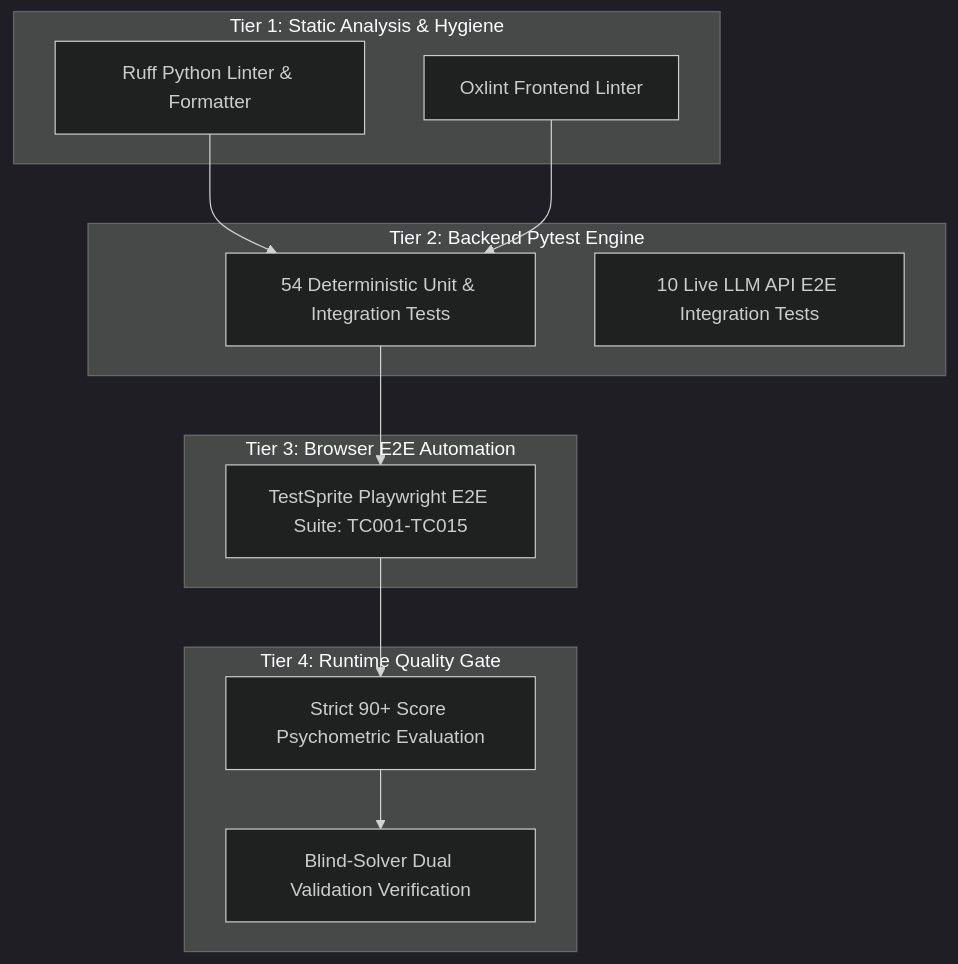
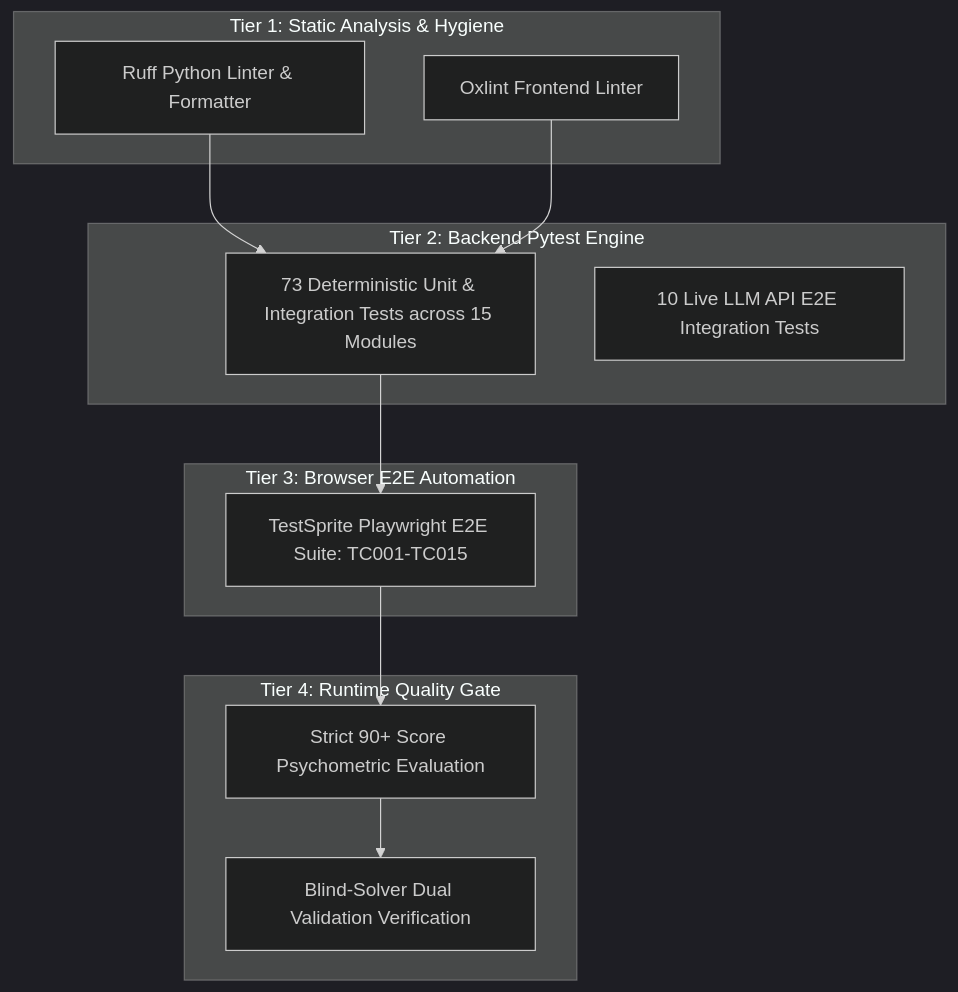
The diagram in docs/TESTING_AND_QA.md (VishwamPatel-Infynno/MCAT-Question-Bank-Generator), drawn with Mermaid (dark theme) before and after one commit. The commit also changed other lines of this file and 13 other files, not shown here.

First line of the commit message:
docs: synchronize full repository documentation suite, test metrics, and architectural specifications

````diff
--- a/docs/TESTING_AND_QA.md
+++ b/docs/TESTING_AND_QA.md
@@ -13,27 +13,27 @@
 ```mermaid
 graph TD
     subgraph "Tier 1: Static Analysis & Hygiene"
         Ruff[Ruff Python Linter & Formatter]
         Oxlint[Oxlint Frontend Linter]
     end
 
     subgraph "Tier 2: Backend Pytest Engine"
-        UnitTests[54 Deterministic Unit & Integration Tests]
+        UnitTests[73 Deterministic Unit & Integration Tests across 15 Modules]
         LiveE2E[10 Live LLM API E2E Integration Tests]
     end
 
     subgraph "Tier 3: Browser E2E Automation"
         TestSprite[TestSprite Playwright E2E Suite: TC001-TC015]
     end
 
     subgraph "Tier 4: Runtime Quality Gate"
         StrictGate[Strict 90+ Score Psychometric Evaluation]
         BlindSolver[Blind-Solver Dual Validation Verification]
     end
 
     Ruff --> UnitTests
     Oxlint --> UnitTests
     UnitTests --> TestSprite
     TestSprite --> StrictGate
     StrictGate --> BlindSolver
 ```
````
